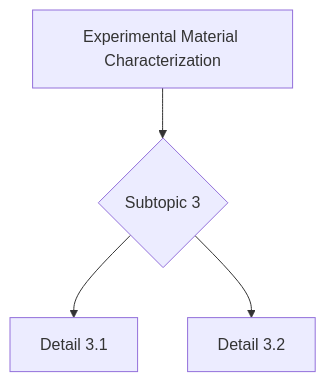
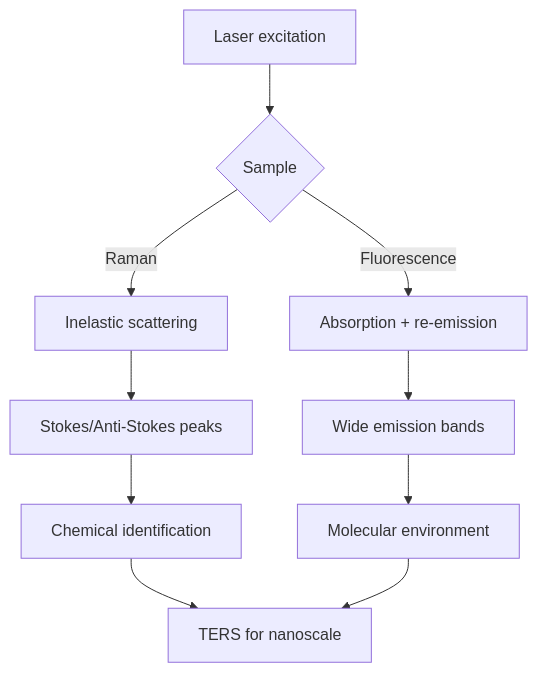
One commit to yip-lgtm/PhysicsSelfStudy changed the fifth of 10 diagrams in 03_MSc_Physics/advanced_materials_concentration/MSPY_5220_Experimental_Material_Char/README.md. Above: the diagram before and after it, drawn with Mermaid. The commit also changed other lines of this file and 21 other files, not shown here.

````diff
--- a/03_MSc_Physics/advanced_materials_concentration/MSPY_5220_Experimental_Material_Char/README.md
+++ b/03_MSc_Physics/advanced_materials_concentration/MSPY_5220_Experimental_Material_Char/README.md
@@ -275,6 +335,12 @@
 ```mermaid
 graph TD
-    A[Experimental Material Characterization] --> B{Subtopic 3}
-    B --> C[Detail 3.1]
-    B --> D[Detail 3.2]
+    A[Laser excitation] --> B{Sample}
+    B -->|Raman| C[Inelastic scattering]
+    B -->|Fluorescence| D[Absorption + re-emission]
+    C --> E[Stokes/Anti-Stokes peaks]
+    D --> F[Wide emission bands]
+    E --> G[Chemical identification]
+    F --> H[Molecular environment]
+    G --> I[TERS for nanoscale]
+    H --> I
 ```
````
